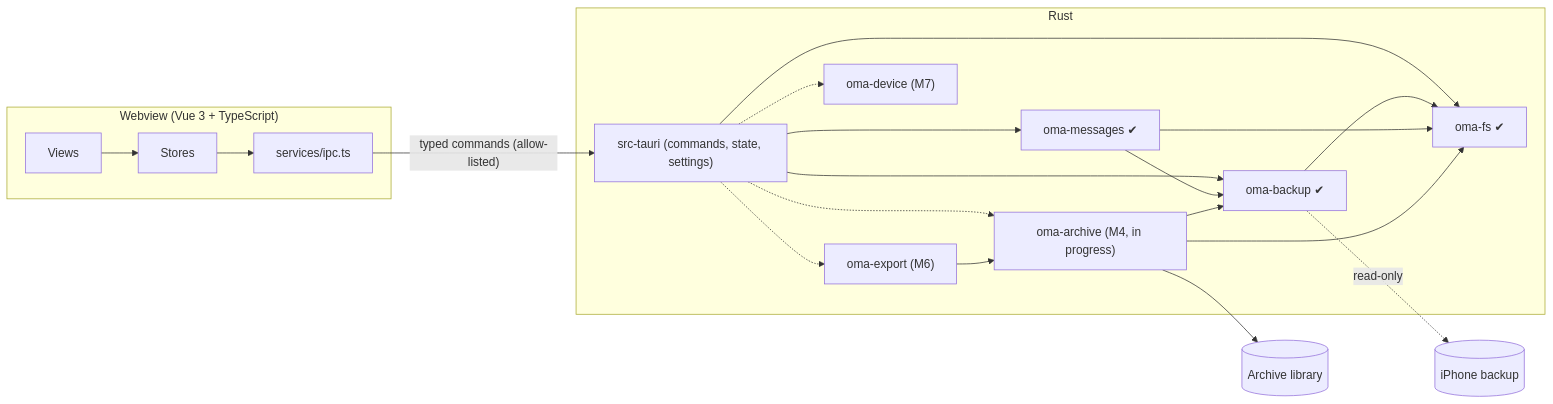
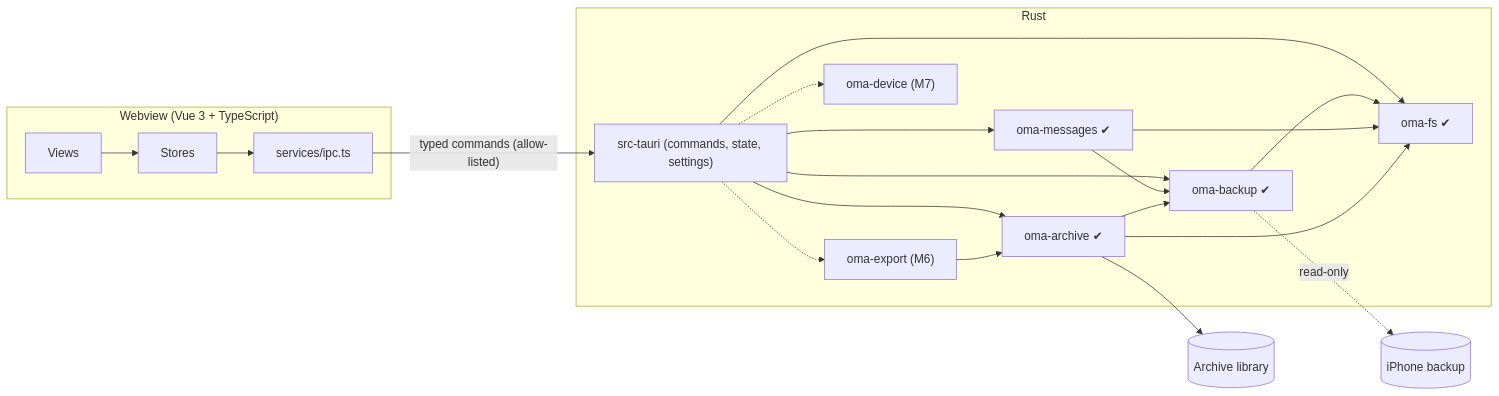
Before and after one commit to VibeForge-Systems/From_the_Forge: the diagram in Apps/openmessage-archive/docs/architecture.md, drawn with Mermaid. The commit also changed other lines of this file and 8 other files, not shown here.

````diff
--- a/Apps/openmessage-archive/docs/architecture.md
+++ b/Apps/openmessage-archive/docs/architecture.md
@@ -49,24 +50,24 @@
 ```mermaid
 flowchart LR
   subgraph Webview["Webview (Vue 3 + TypeScript)"]
     Views --> Stores --> IPC["services/ipc.ts"]
   end
   IPC -- "typed commands (allow-listed)" --> Shell
   subgraph Rust
     Shell["src-tauri (commands, state, settings)"]
     Shell --> FS["oma-fs ✔"]
     Shell --> Backup["oma-backup ✔"]
     Shell --> Messages["oma-messages ✔"]
-    Shell -.-> Archive["oma-archive (M4, in progress)"]
+    Shell --> Archive["oma-archive ✔"]
     Shell -.-> Export["oma-export (M6)"]
     Shell -.-> Device["oma-device (M7)"]
     Backup --> FS
     Messages --> Backup
     Messages --> FS
     Archive --> FS
     Archive --> Backup
     Export --> Archive
   end
   Backup -. read-only .-> SRC[("iPhone backup")]
   Archive --> LIB[("Archive library")]
 ```
````
